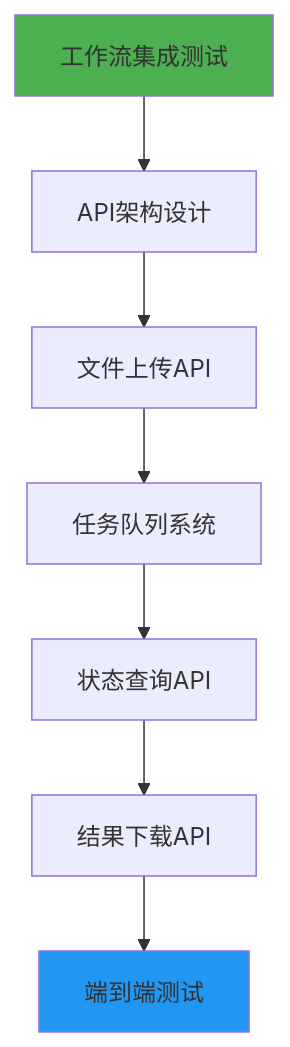
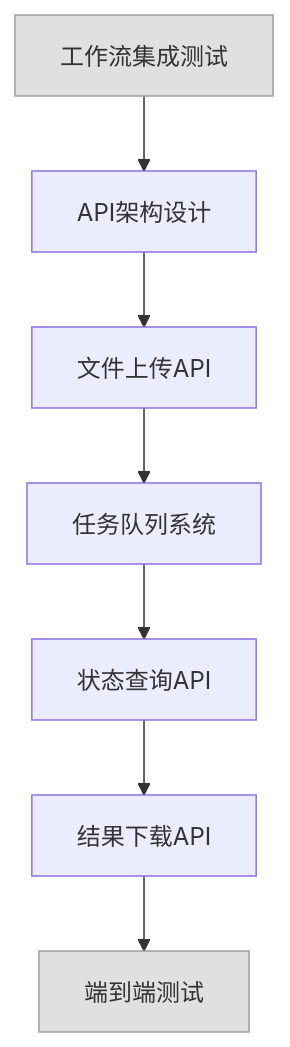
Before and after one commit to AlanHootman/ppt_assistant: the third of 4 diagrams in docs/plan/开发计划.md, drawn with Mermaid. The commit also changed other lines of this file, not shown here.

````diff
--- a/docs/plan/开发计划.md
+++ b/docs/plan/开发计划.md
@@ -138,12 +146,12 @@
 ```mermaid
 graph TD
     A[工作流集成测试] --> B[API架构设计]
     B --> C[文件上传API]
     C --> D[任务队列系统]
     D --> E[状态查询API]
     E --> F[结果下载API]
     F --> G[端到端测试]
     
-    style A fill:#4CAF50
-    style G fill:#2196F3
+    style A fill:#E0E0E0,stroke:#9E9E9E
+    style G fill:#E0E0E0,stroke:#9E9E9E
 ```
````
